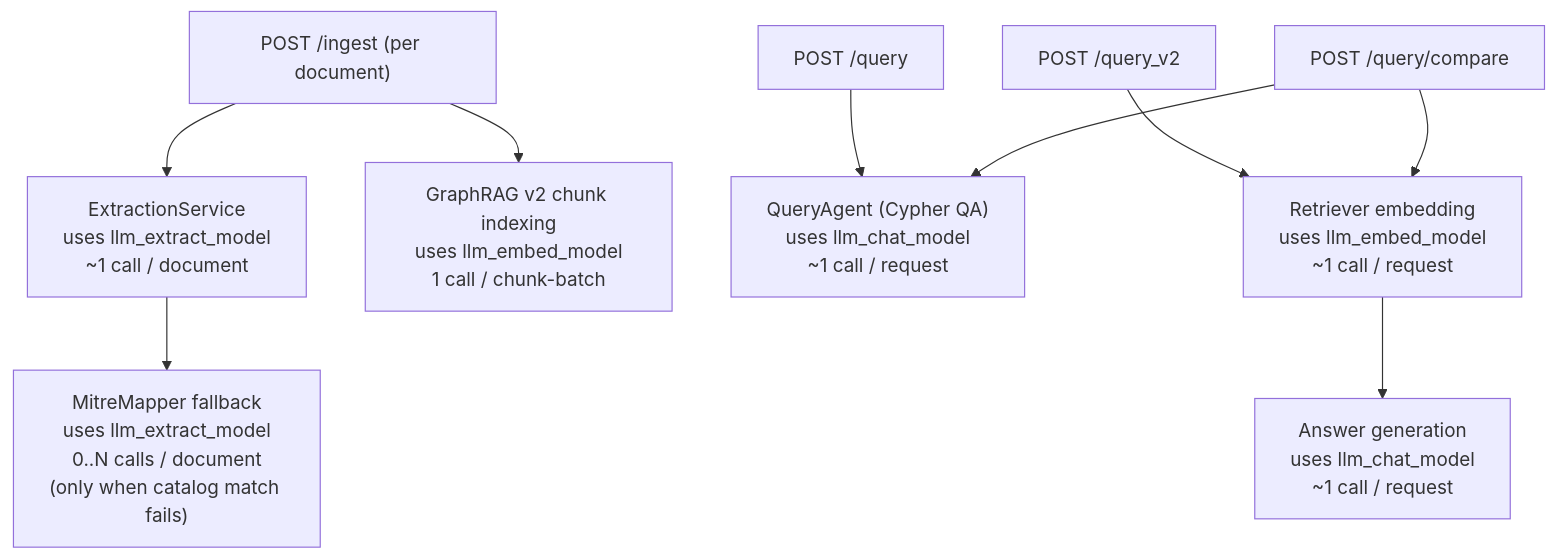
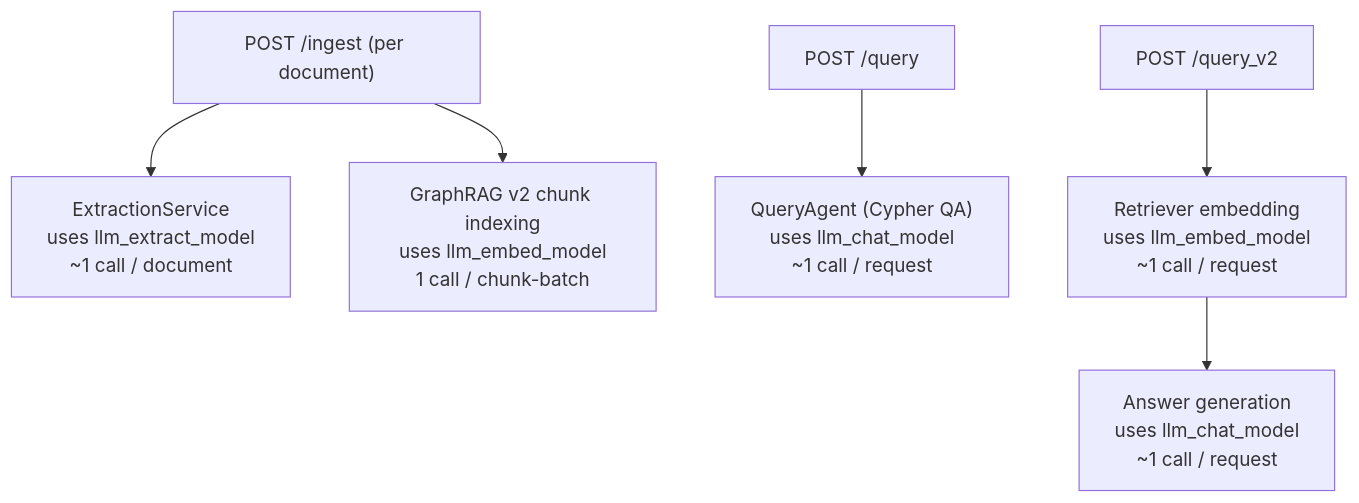
One commit to MGR-WUT/SecSearch changed the diagram in DocsBasedSupport/README.md. Above: the diagram before and after it, drawn with Mermaid. The commit also changed other lines of this file and 15 other files, not shown here.

````diff
--- a/DocsBasedSupport/README.md
+++ b/DocsBasedSupport/README.md
@@ -45,12 +44,9 @@
 ```mermaid
 flowchart TD
     A["POST /ingest (per document)"] --> B["ExtractionService<br/>uses llm_extract_model<br/>~1 call / document"]
-    B --> C["MitreMapper fallback<br/>uses llm_extract_model<br/>0..N calls / document<br/>(only when catalog match fails)"]
     A --> D["GraphRAG v2 chunk indexing<br/>uses llm_embed_model<br/>1 call / chunk-batch"]
 
     E["POST /query"] --> F["QueryAgent (Cypher QA)<br/>uses llm_chat_model<br/>~1 call / request"]
     G["POST /query_v2"] --> H["Retriever embedding<br/>uses llm_embed_model<br/>~1 call / request"]
     H --> I["Answer generation<br/>uses llm_chat_model<br/>~1 call / request"]
-    J["POST /query/compare"] --> F
-    J --> H
 ```
````
